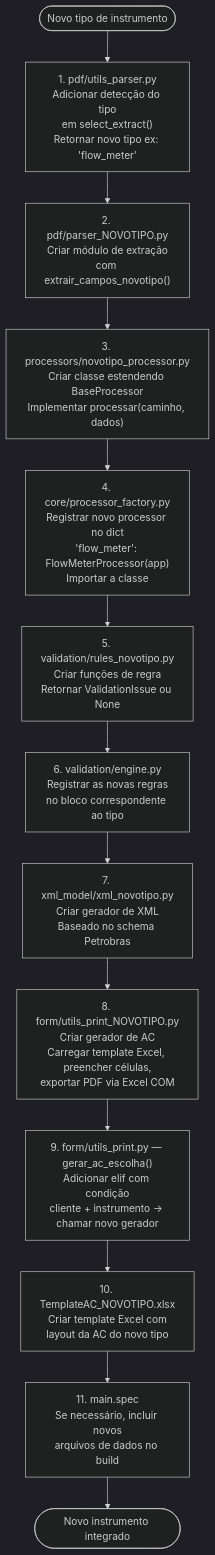
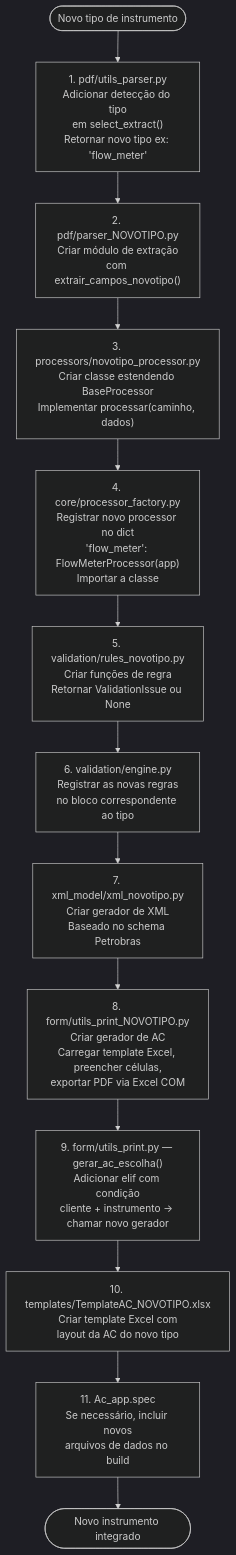
Before and after one commit to 1998-sys/AC-s_app: the fourth of 5 diagrams in DOCUMENTACAO.md, drawn with Mermaid (dark theme). The commit also changed 18 other files, not shown here.

First line of the commit message:
chore: organiza templates Excel em templates/ e unifica specs do PyInstaller

````diff
--- a/DOCUMENTACAO.md
+++ b/DOCUMENTACAO.md
@@ -288,38 +288,38 @@
 ```mermaid
 flowchart TD
     START([Novo tipo de instrumento]) --> P1
 
     P1["1. pdf/utils_parser.py\nAdicionar detecção do tipo\nem select_extract()\nRetornar novo tipo ex: 'flow_meter'"]
     P1 --> P2
 
     P2["2. pdf/parser_NOVOTIPO.py\nCriar módulo de extração\ncom extrair_campos_novotipo()"]
     P2 --> P3
 
     P3["3. processors/novotipo_processor.py\nCriar classe estendendo BaseProcessor\nImplementar processar(caminho, dados)"]
     P3 --> P4
 
     P4["4. core/processor_factory.py\nRegistrar novo processor no dict\n'flow_meter': FlowMeterProcessor(app)\nImportar a classe"]
     P4 --> P5
 
     P5["5. validation/rules_novotipo.py\nCriar funções de regra\nRetornar ValidationIssue ou None"]
     P5 --> P6
 
     P6["6. validation/engine.py\nRegistrar as novas regras\nno bloco correspondente ao tipo"]
     P6 --> P7
 
     P7["7. xml_model/xml_novotipo.py\nCriar gerador de XML\nBaseado no schema Petrobras"]
     P7 --> P8
 
     P8["8. form/utils_print_NOVOTIPO.py\nCriar gerador de AC\nCarregar template Excel, preencher células,\nexportar PDF via Excel COM"]
     P8 --> P9
 
     P9["9. form/utils_print.py — gerar_ac_escolha()\nAdicionar elif com condição\ncliente + instrumento → chamar novo gerador"]
     P9 --> P10
 
-    P10["10. TemplateAC_NOVOTIPO.xlsx\nCriar template Excel com\nlayout da AC do novo tipo"]
+    P10["10. templates/TemplateAC_NOVOTIPO.xlsx\nCriar template Excel com\nlayout da AC do novo tipo"]
     P10 --> P11
 
-    P11["11. main.spec\nSe necessário, incluir novos\narquivos de dados no build"]
+    P11["11. Ac_app.spec\nSe necessário, incluir novos\narquivos de dados no build"]
 
     P11 --> END([Novo instrumento integrado])
 ```
````
